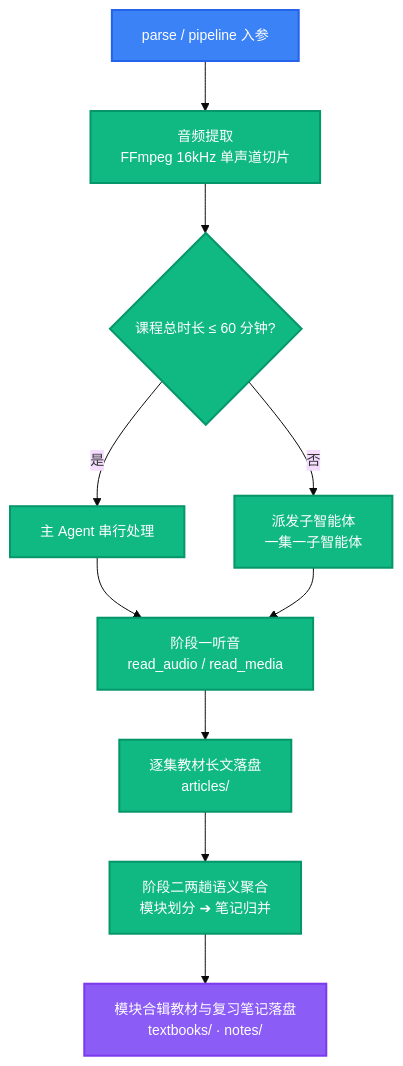
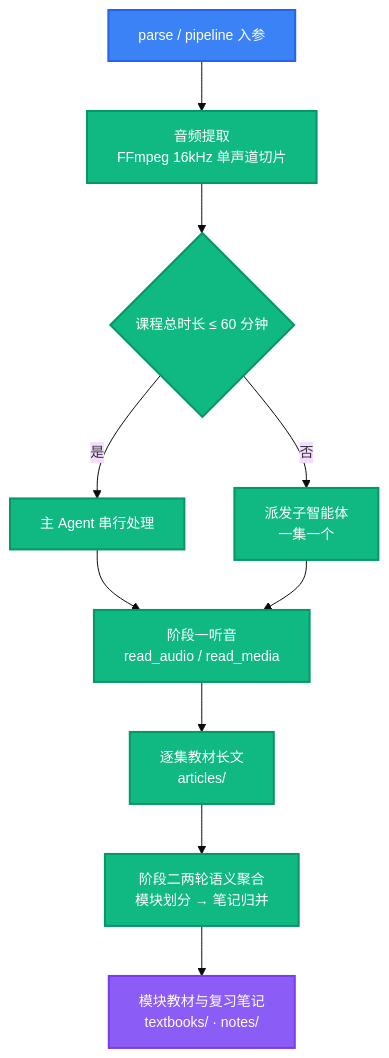
One commit to LINJIANG12/bili-video2book changed the diagram in README.md. Above: the diagram before and after it, drawn with Mermaid. The commit also changed other lines of this file and 1 other file, not shown here.

````diff
--- a/README.md
+++ b/README.md
@@ -138,22 +169,22 @@
 ```mermaid
 %%{init: {'theme': 'base', 'themeVariables': {'fontSize': '14px'}}}%%
 flowchart TD
     A[parse / pipeline 入参] --> B[音频提取<br/>FFmpeg 16kHz 单声道切片]
-    B --> C{课程总时长 ≤ 60 分钟?}
+    B --> C{课程总时长 ≤ 60 分钟}
     C -->|是| D[主 Agent 串行处理]
-    C -->|否| E[派发子智能体<br/>一集一子智能体]
+    C -->|否| E[派发子智能体<br/>一集一个]
     D --> F[阶段一听音<br/>read_audio / read_media]
     E --> F
-    F --> G[逐集教材长文落盘<br/>articles/]
-    G --> H[阶段二两趟语义聚合<br/>模块划分 ➔ 笔记归并]
-    H --> I[模块合辑教材与复习笔记落盘<br/>textbooks/ · notes/]
+    F --> G[逐集教材长文<br/>articles/]
+    G --> H[阶段二两轮语义聚合<br/>模块划分 → 笔记归并]
+    H --> I[模块教材与复习笔记<br/>textbooks/ · notes/]
 
     classDef start fill:#3B82F6,stroke:#2563EB,color:#fff,stroke-width:2px
     classDef process fill:#10B981,stroke:#059669,color:#fff,stroke-width:2px
     classDef decision fill:#F59E0B,stroke:#D97706,color:#fff,stroke-width:2px
     classDef data fill:#8B5CF6,stroke:#7C3AED,color:#fff,stroke-width:2px
 
     class A start
     class B,C,D,E,F,G,H process
     class I data
 ```
````
